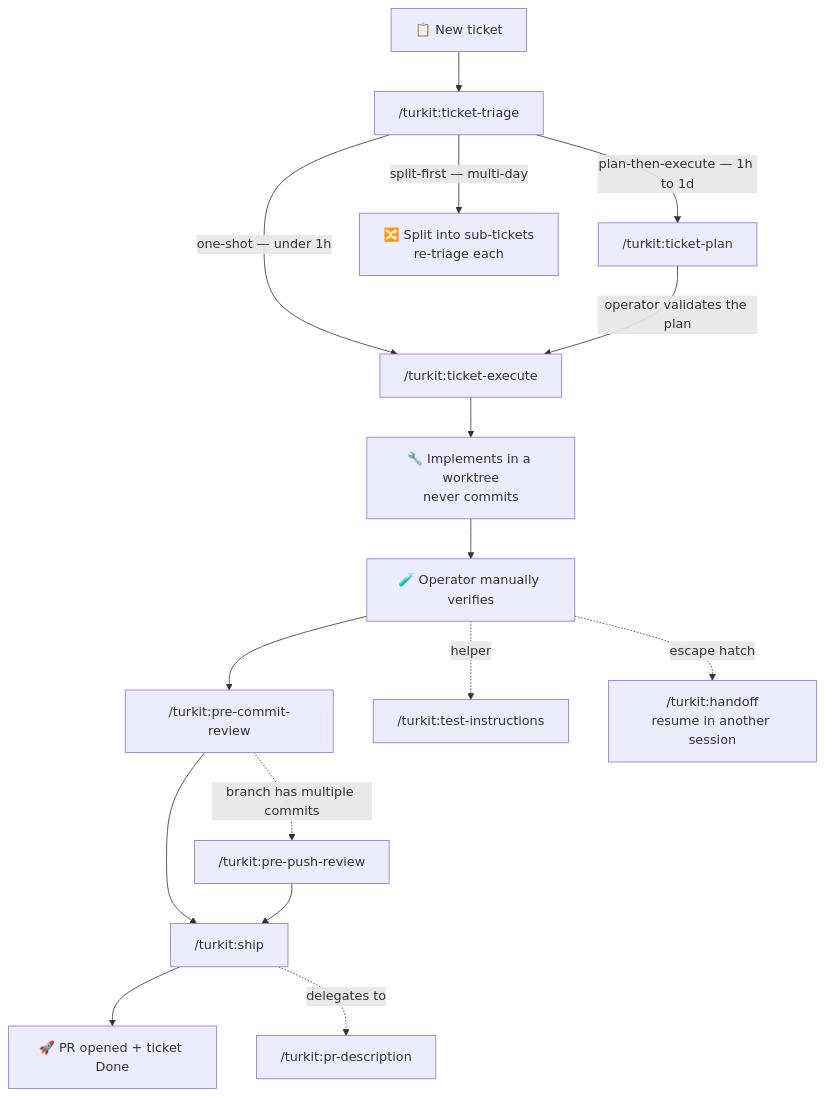
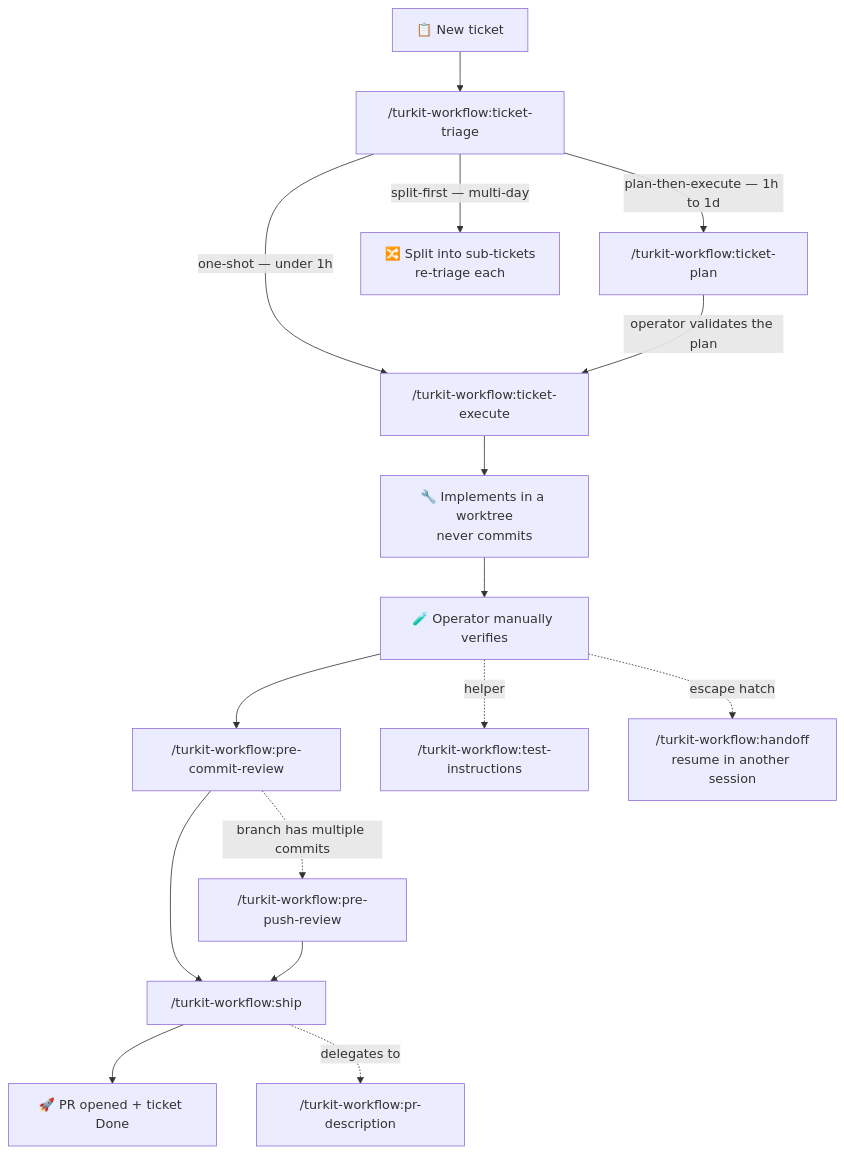
One commit to alimtunc/turkit changed the diagram in README.md. Above: the diagram before and after it, drawn with Mermaid. The commit also changed other lines of this file, not shown here.

````diff
--- a/README.md
+++ b/README.md
@@ -23,22 +40,22 @@
 ```mermaid
 flowchart TD
-    A["📋 New ticket"] --> T["/turkit:ticket-triage"]
+    A["📋 New ticket"] --> T["/turkit-workflow:ticket-triage"]
 
-    T -->|"one-shot — under 1h"| E["/turkit:ticket-execute"]
-    T -->|"plan-then-execute — 1h to 1d"| P["/turkit:ticket-plan"]
+    T -->|"one-shot — under 1h"| E["/turkit-workflow:ticket-execute"]
+    T -->|"plan-then-execute — 1h to 1d"| P["/turkit-workflow:ticket-plan"]
     T -->|"split-first — multi-day"| S["🔀 Split into sub-tickets<br/>re-triage each"]
 
     P -->|"operator validates the plan"| E
     E --> W["🔧 Implements in a worktree<br/>never commits"]
     W --> V["🧪 Operator manually verifies"]
 
-    V --> PCR["/turkit:pre-commit-review"]
-    PCR -. "branch has multiple commits" .-> PPR["/turkit:pre-push-review"]
-    PCR --> SHIP["/turkit:ship"]
+    V --> PCR["/turkit-workflow:pre-commit-review"]
+    PCR -. "branch has multiple commits" .-> PPR["/turkit-workflow:pre-push-review"]
+    PCR --> SHIP["/turkit-workflow:ship"]
     PPR --> SHIP
     SHIP --> DONE["🚀 PR opened + ticket Done"]
 
-    V -. "helper" .-> TI["/turkit:test-instructions"]
-    SHIP -. "delegates to" .-> PRD["/turkit:pr-description"]
-    V -. "escape hatch" .-> HO["/turkit:handoff<br/>resume in another session"]
+    V -. "helper" .-> TI["/turkit-workflow:test-instructions"]
+    SHIP -. "delegates to" .-> PRD["/turkit-workflow:pr-description"]
+    V -. "escape hatch" .-> HO["/turkit-workflow:handoff<br/>resume in another session"]
 ```
````
